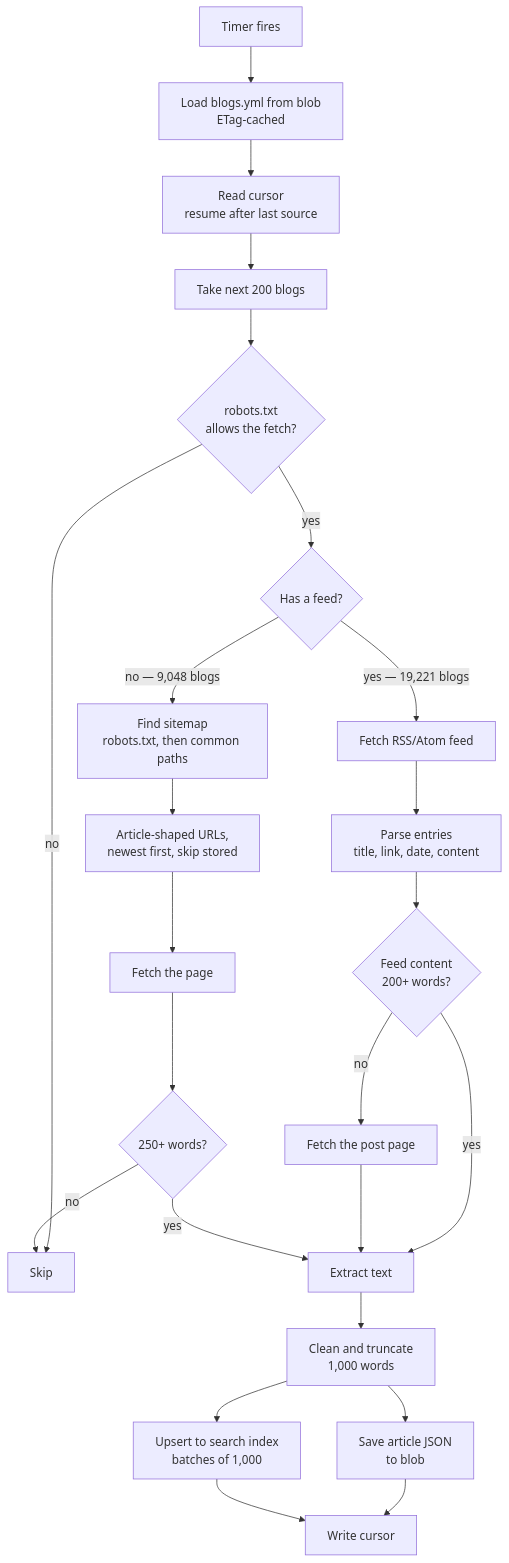
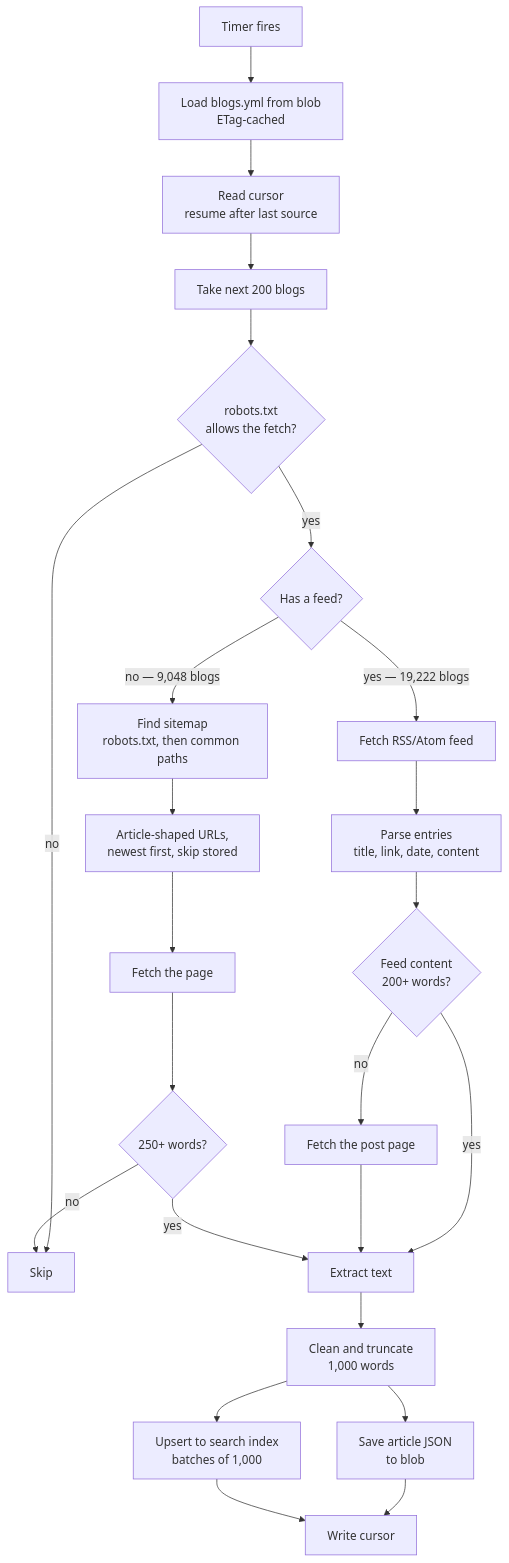
The second of 5 diagrams in docs/how-it-works.md (GitPaulo/blogme), drawn with Mermaid before and after one commit. The commit also changed other lines of this file and 2 other files, not shown here.

Commit message:
docs: updated cadence of jobs

````diff
--- a/docs/how-it-works.md
+++ b/docs/how-it-works.md
@@ -47,30 +47,30 @@
 ```mermaid
 flowchart TD
     T["Timer fires"] --> L["Load blogs.yml from blob<br/>ETag-cached"]
     L --> C["Read cursor<br/>resume after last source"]
     C --> BATCH["Take next 200 blogs"]
 
     BATCH --> R{"robots.txt<br/>allows the fetch?"}
     R -->|no| SKIP["Skip"]
     R -->|yes| P{"Has a feed?"}
 
-    P -->|"yes — 19,221 blogs"| F["Fetch RSS/Atom feed"]
+    P -->|"yes — 19,222 blogs"| F["Fetch RSS/Atom feed"]
     P -->|"no — 9,048 blogs"| M["Find sitemap<br/>robots.txt, then common paths"]
 
     F --> ITEMS["Parse entries<br/>title, link, date, content"]
     ITEMS --> FULL{"Feed content<br/>200+ words?"}
     FULL -->|yes| X["Extract text"]
     FULL -->|no| PAGE["Fetch the post page"] --> X
 
     M --> LINKS["Article-shaped URLs,<br/>newest first, skip stored"]
     LINKS --> FETCH["Fetch the page"]
     FETCH --> LONG{"250+ words?"}
     LONG -->|no| SKIP
     LONG -->|yes| X
 
     X --> TRUNC["Clean and truncate<br/>1,000 words"]
     TRUNC --> SAVE["Save article JSON<br/>to blob"]
     TRUNC --> IDX["Upsert to search index<br/>batches of 1,000"]
     SAVE --> CUR["Write cursor"]
     IDX --> CUR
 ```
````
